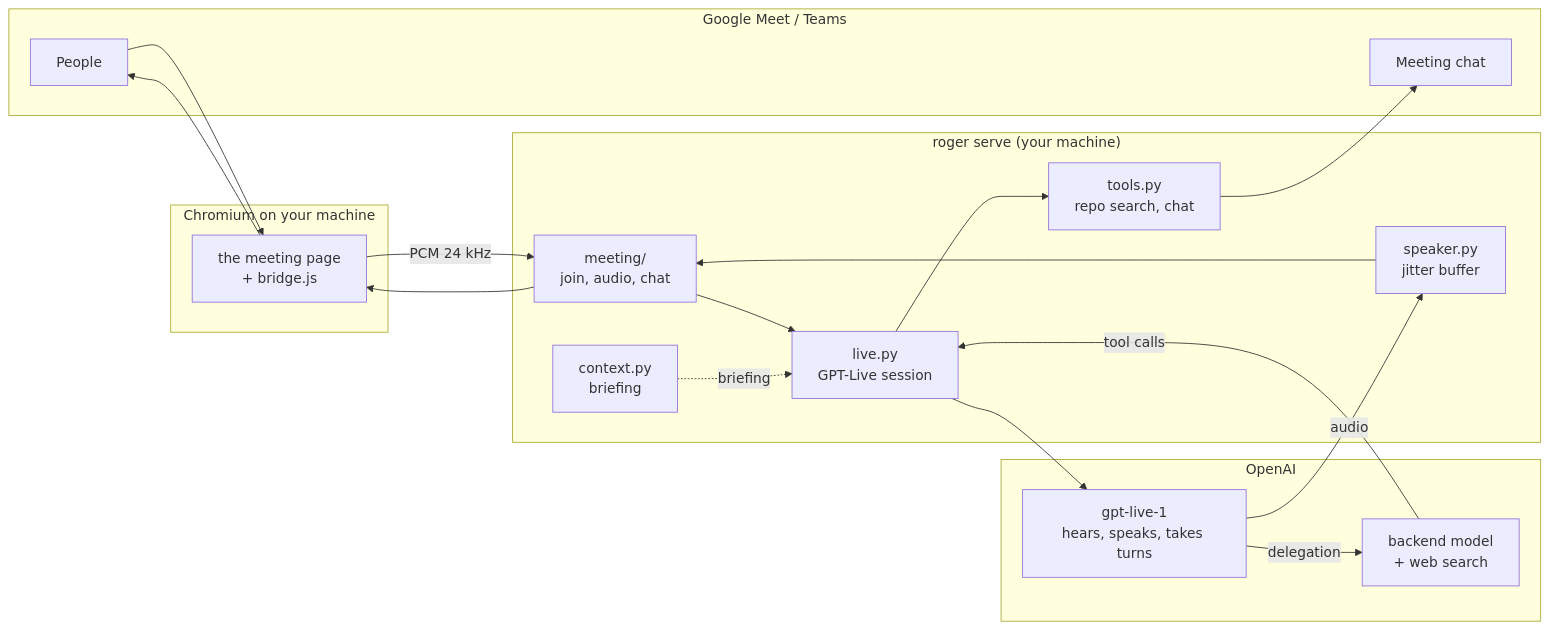
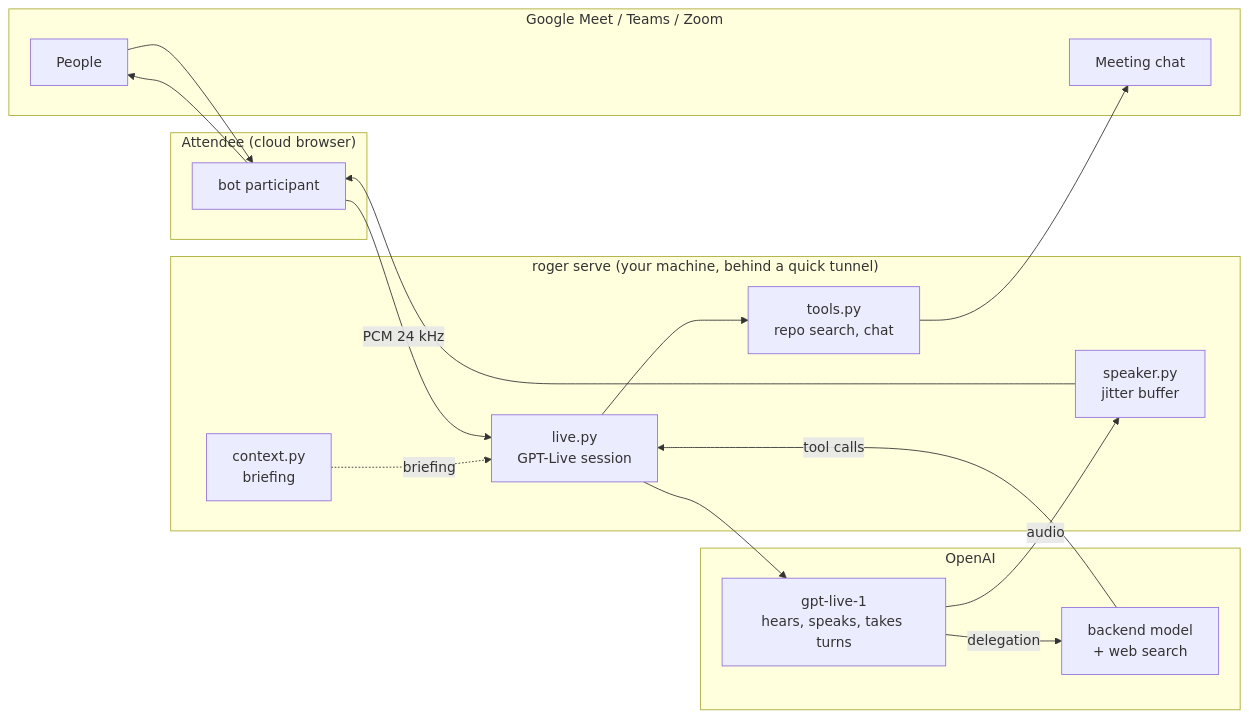
Before and after one commit to nitish20899/roger: the diagram in docs/ARCHITECTURE.md, drawn with Mermaid. The commit also changed other lines of this file and 24 other files, not shown here.

````diff
--- a/docs/ARCHITECTURE.md
+++ b/docs/ARCHITECTURE.md
@@ -7,26 +7,25 @@
 ```mermaid
 flowchart LR
-  subgraph Meeting["Google Meet / Teams"]
+  subgraph Meeting["Google Meet / Teams / Zoom"]
     P[People]
     C[Meeting chat]
   end
-  subgraph B["Chromium on your machine"]
-    PAGE[the meeting page<br/>+ bridge.js]
+  subgraph A["Attendee (cloud browser)"]
+    BOT[bot participant]
   end
-  subgraph R["roger serve (your machine)"]
-    MEET[meeting/<br/>join, audio, chat]
+  subgraph R["roger serve (your machine, behind a quick tunnel)"]
     LIVE[live.py<br/>GPT-Live session]
     SPK[speaker.py<br/>jitter buffer]
     TOOLS[tools.py<br/>repo search, chat]
     CTX[context.py<br/>briefing]
   end
   subgraph OAI["OpenAI"]
     GL[gpt-live-1<br/>hears, speaks, takes turns]
     BE[backend model<br/>+ web search]
   end
-  P --> PAGE -- PCM 24 kHz --> MEET --> LIVE --> GL
+  P --> BOT -- PCM 24 kHz --> LIVE --> GL
   GL -- delegation --> BE -- tool calls --> LIVE --> TOOLS
-  GL -- audio --> SPK --> MEET --> PAGE --> P
+  GL -- audio --> SPK --> BOT --> P
   TOOLS --> C
   CTX -.briefing.-> LIVE
 ```
````
